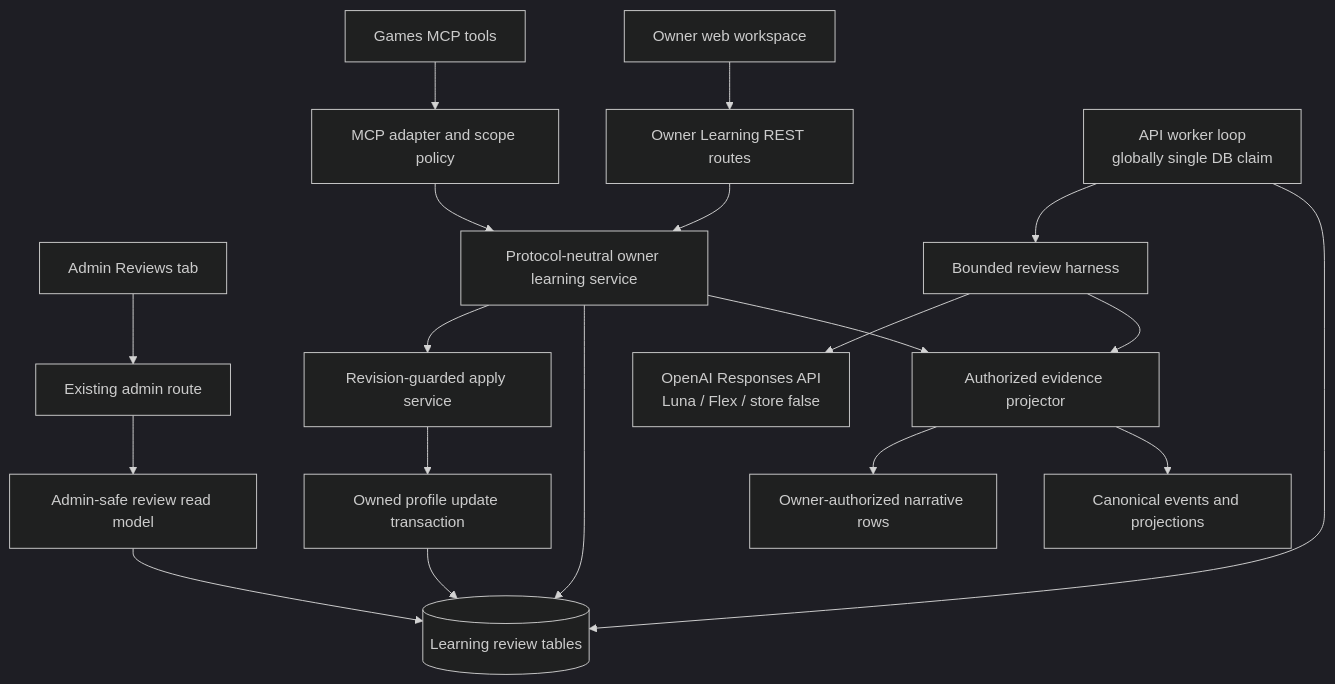
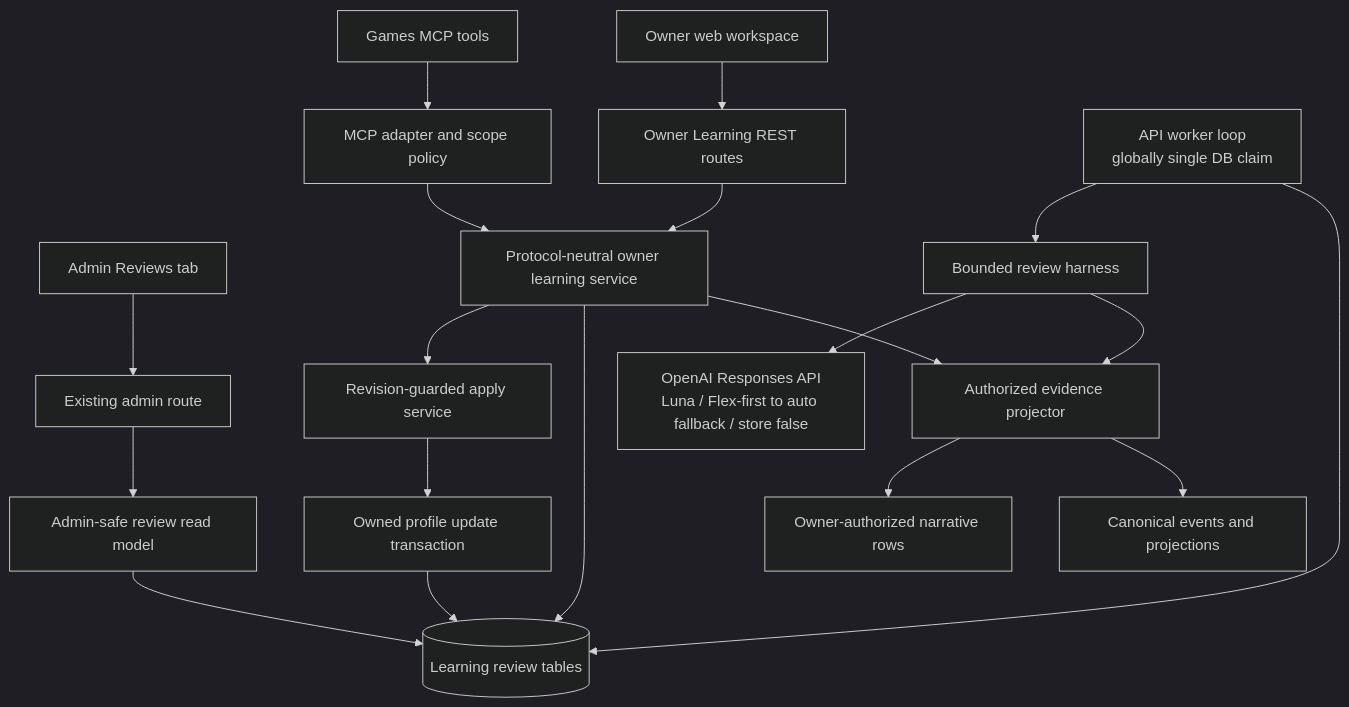
Before and after one commit to 0xFlicker/influence-game: the second of 6 diagrams in docs/plans/2026-08-03-002-feat-owner-learning-loop-plan.md, drawn with Mermaid (dark theme). The commit also changed other lines of this file, not shown here.

````diff
--- a/docs/plans/2026-08-03-002-feat-owner-learning-loop-plan.md
+++ b/docs/plans/2026-08-03-002-feat-owner-learning-loop-plan.md
@@ -313,26 +314,26 @@
 ```mermaid
 flowchart TB
   Web["Owner web workspace"] --> REST["Owner Learning REST routes"]
   MCP["Games MCP tools"] --> MCPAdapter["MCP adapter and scope policy"]
   Admin["Admin Reviews tab"] --> AdminRoute["Existing admin route"]
 
   REST --> Service["Protocol-neutral owner learning service"]
   MCPAdapter --> Service
   AdminRoute --> AdminRead["Admin-safe review read model"]
 
   Service --> Evidence["Authorized evidence projector"]
   Service --> ReviewDB[("Learning review tables")]
   Evidence --> Canonical["Canonical events and projections"]
   Evidence --> Narrative["Owner-authorized narrative rows"]
 
   Worker["API worker loop\nglobally single DB claim"] --> ReviewDB
   Worker --> Harness["Bounded review harness"]
   Harness --> Evidence
-  Harness --> Responses["OpenAI Responses API\nLuna / Flex / store false"]
+  Harness --> Responses["OpenAI Responses API\nLuna / Flex-first to auto fallback / store false"]
 
   Service --> Apply["Revision-guarded apply service"]
   Apply --> Profile["Owned profile update transaction"]
   Profile --> ReviewDB
 
   AdminRead --> ReviewDB
 ```
````
